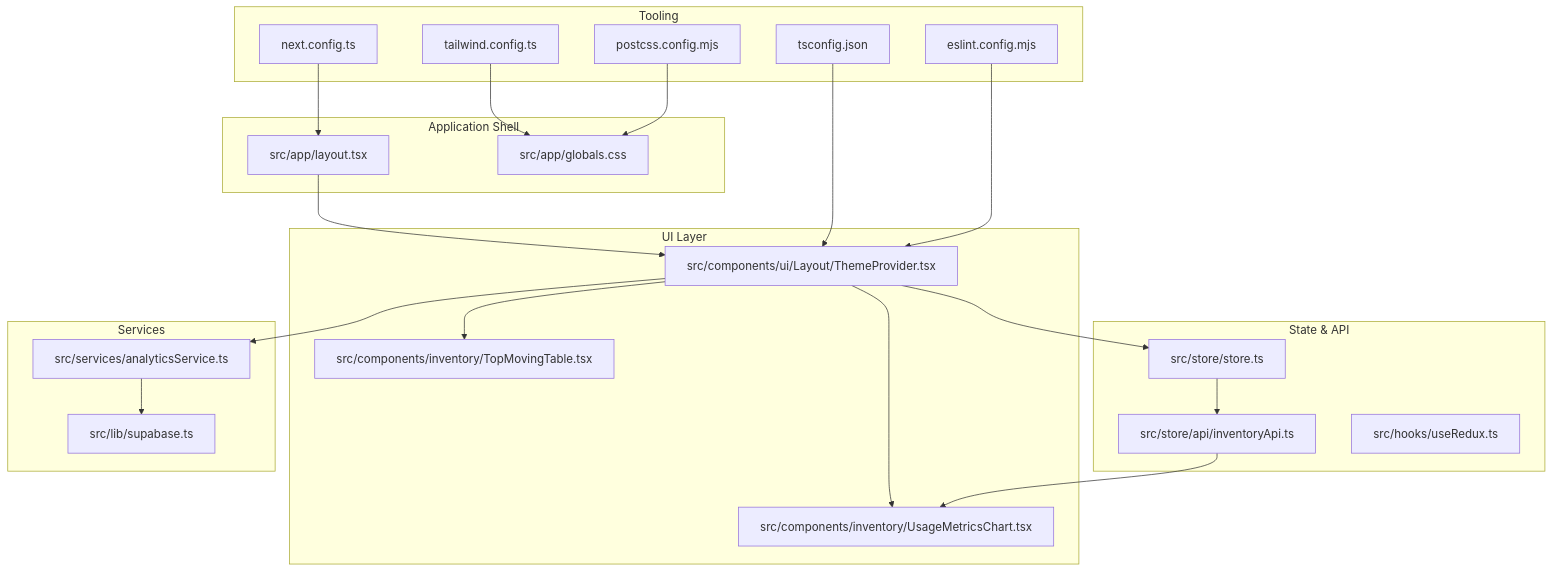
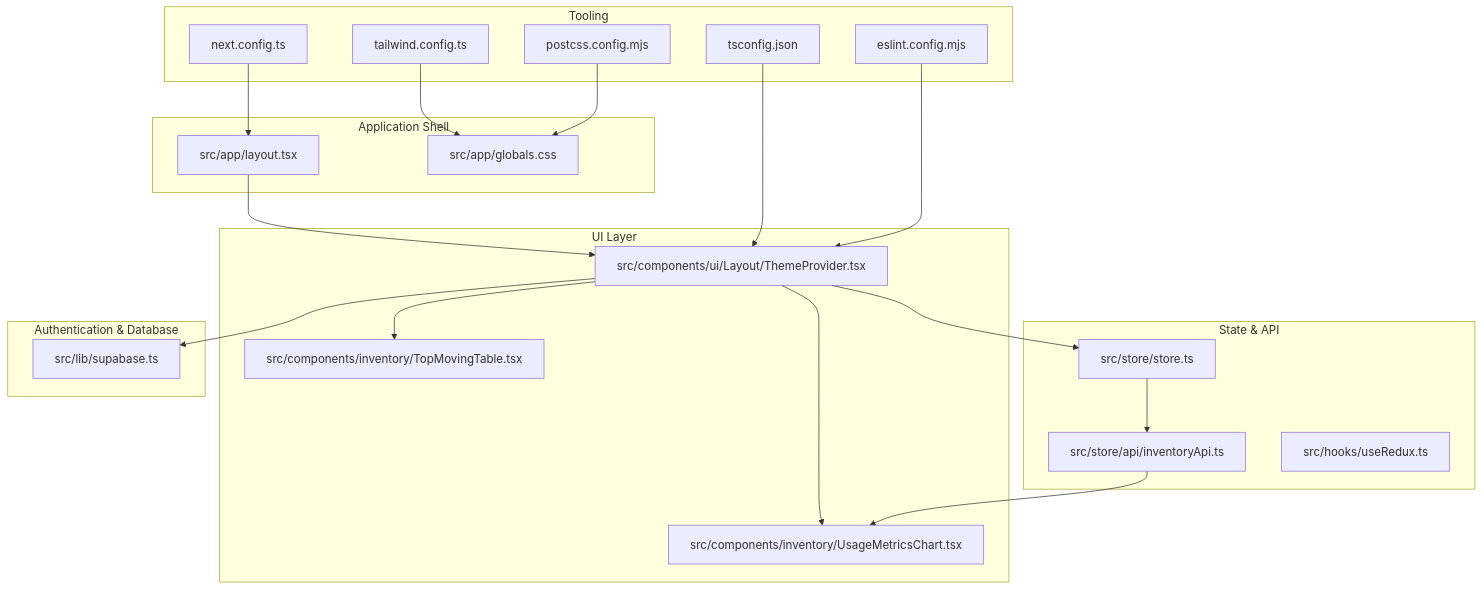
Before and after one commit to cacamarica/dashboard-ai: the first of 10 diagrams in .qoder/repowiki/en/content/Project Overview/Technology Stack.md, drawn with Mermaid. The commit also changed other lines of this file and 14 other files, not shown here.

````diff
--- a/.qoder/repowiki/en/content/Project Overview/Technology Stack.md
+++ b/.qoder/repowiki/en/content/Project Overview/Technology Stack.md
@@ -46,41 +54,39 @@
 ```mermaid
 graph TB
 subgraph "Application Shell"
 LAYOUT["src/app/layout.tsx"]
 GLOBALS["src/app/globals.css"]
 end
 subgraph "UI Layer"
 THEME["src/components/ui/Layout/ThemeProvider.tsx"]
 USAGE_CHART["src/components/inventory/UsageMetricsChart.tsx"]
 TOP_MOVING["src/components/inventory/TopMovingTable.tsx"]
 end
 subgraph "State & API"
 STORE["src/store/store.ts"]
 INVENTORY_API["src/store/api/inventoryApi.ts"]
 USE_REDUX["src/hooks/useRedux.ts"]
 end
-subgraph "Services"
-ANALYTICS["src/services/analyticsService.ts"]
+subgraph "Authentication & Database"
 SUPABASE["src/lib/supabase.ts"]
 end
 subgraph "Tooling"
 NEXTCONF["next.config.ts"]
 TSCONFIG["tsconfig.json"]
 TAILWIND["tailwind.config.ts"]
 POSTCSS["postcss.config.mjs"]
 ESLINT["eslint.config.mjs"]
 end
 LAYOUT --> THEME
 THEME --> USAGE_CHART
 THEME --> TOP_MOVING
 THEME --> STORE
 STORE --> INVENTORY_API
 INVENTORY_API --> USAGE_CHART
-THEME --> ANALYTICS
-ANALYTICS --> SUPABASE
+THEME --> SUPABASE
 NEXTCONF --> LAYOUT
 TSCONFIG --> THEME
 TAILWIND --> GLOBALS
 POSTCSS --> GLOBALS
 ESLINT --> THEME
 ```
````
